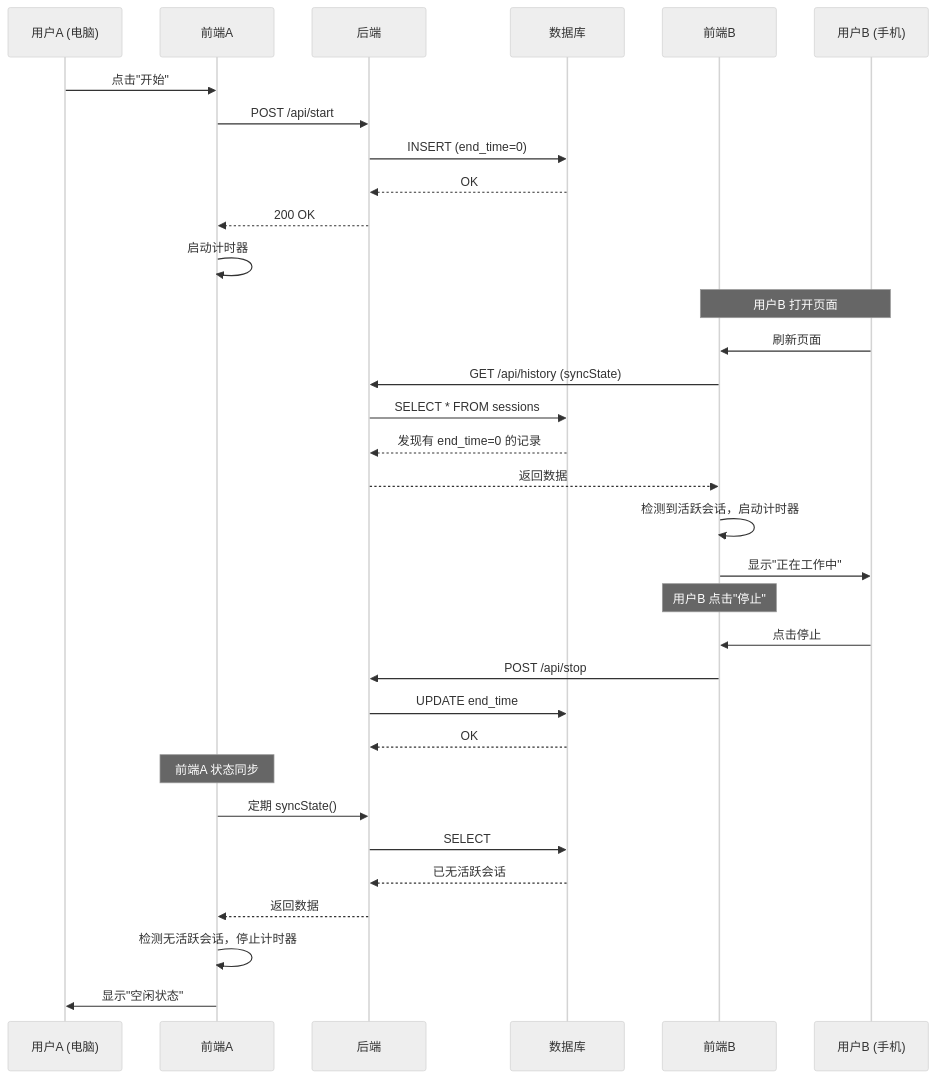
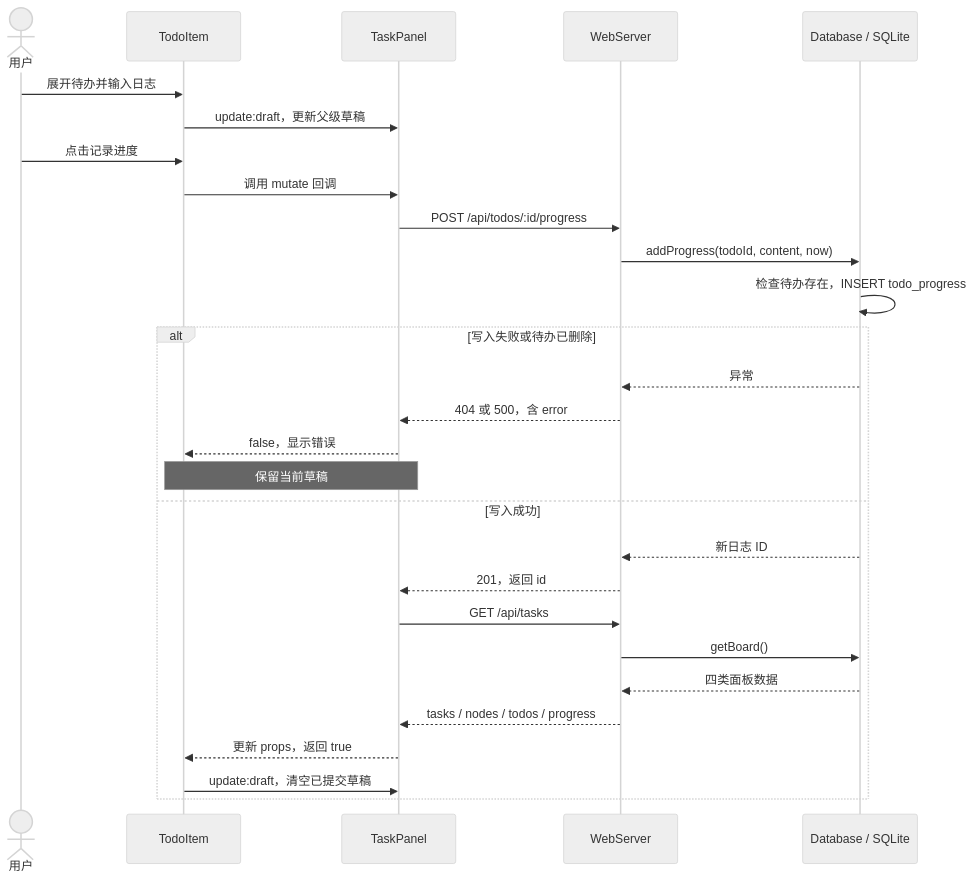
Before and after one commit to ttttwwww/work_timer: the second of 2 diagrams in docs/data-flow.md, drawn with Mermaid (neutral theme). The commit also changed other lines of this file and 8 other files, not shown here.

First line of the commit message:
Document features, architecture, data flows, database and HTTP API

````diff
--- a/docs/data-flow.md
+++ b/docs/data-flow.md
@@ -52,39 +93,30 @@
 ```mermaid
 sequenceDiagram
-    participant UA as 用户A (电脑)
-    participant FA as 前端A
-    participant B as 后端
-    participant D as 数据库
-    participant FB as 前端B
-    participant UB as 用户B (手机)
-    
-    UA->>FA: 点击"开始"
-    FA->>B: POST /api/start
-    B->>D: INSERT (end_time=0)
-    D-->>B: OK
-    B-->>FA: 200 OK
-    FA->>FA: 启动计时器
-    
-    Note over UB,FB: 用户B 打开页面
-    UB->>FB: 刷新页面
-    FB->>B: GET /api/history (syncState)
-    B->>D: SELECT * FROM sessions
-    D-->>B: 发现有 end_time=0 的记录
-    B-->>FB: 返回数据
-    FB->>FB: 检测到活跃会话，启动计时器
-    FB->>UB: 显示"正在工作中"
-    
-    Note over FB: 用户B 点击"停止"
-    UB->>FB: 点击停止
-    FB->>B: POST /api/stop
-    B->>D: UPDATE end_time
-    D-->>B: OK
-    
-    Note over FA: 前端A 状态同步
-    FA->>B: 定期 syncState()
-    B->>D: SELECT
-    D-->>B: 已无活跃会话
-    B-->>FA: 返回数据
-    FA->>FA: 检测无活跃会话，停止计时器
-    FA->>UA: 显示"空闲状态"
+    actor U as 用户
+    participant T as TodoItem
+    participant P as TaskPanel
+    participant W as WebServer
+    participant D as Database / SQLite
+    U->>T: 展开待办并输入日志
+    T->>P: update:draft，更新父级草稿
+    U->>T: 点击记录进度
+    T->>P: 调用 mutate 回调
+    P->>W: POST /api/todos/:id/progress
+    W->>D: addProgress(todoId, content, now)
+    D->>D: 检查待办存在，INSERT todo_progress
+    alt 写入失败或待办已删除
+        D-->>W: 异常
+        W-->>P: 404 或 500，含 error
+        P-->>T: false，显示错误
+        Note over T,P: 保留当前草稿
+    else 写入成功
+        D-->>W: 新日志 ID
+        W-->>P: 201，返回 id
+        P->>W: GET /api/tasks
+        W->>D: getBoard()
+        D-->>W: 四类面板数据
+        W-->>P: tasks / nodes / todos / progress
+        P-->>T: 更新 props，返回 true
+        T->>P: update:draft，清空已提交草稿
+    end
 ```
````
